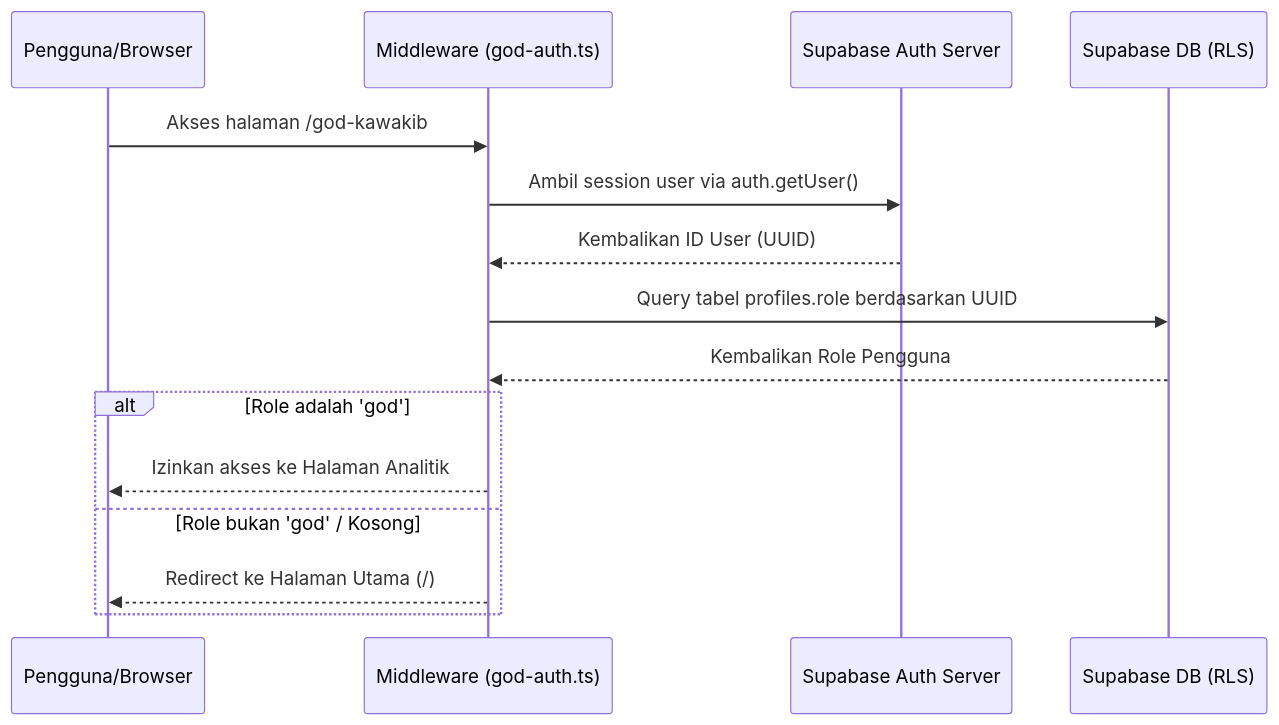
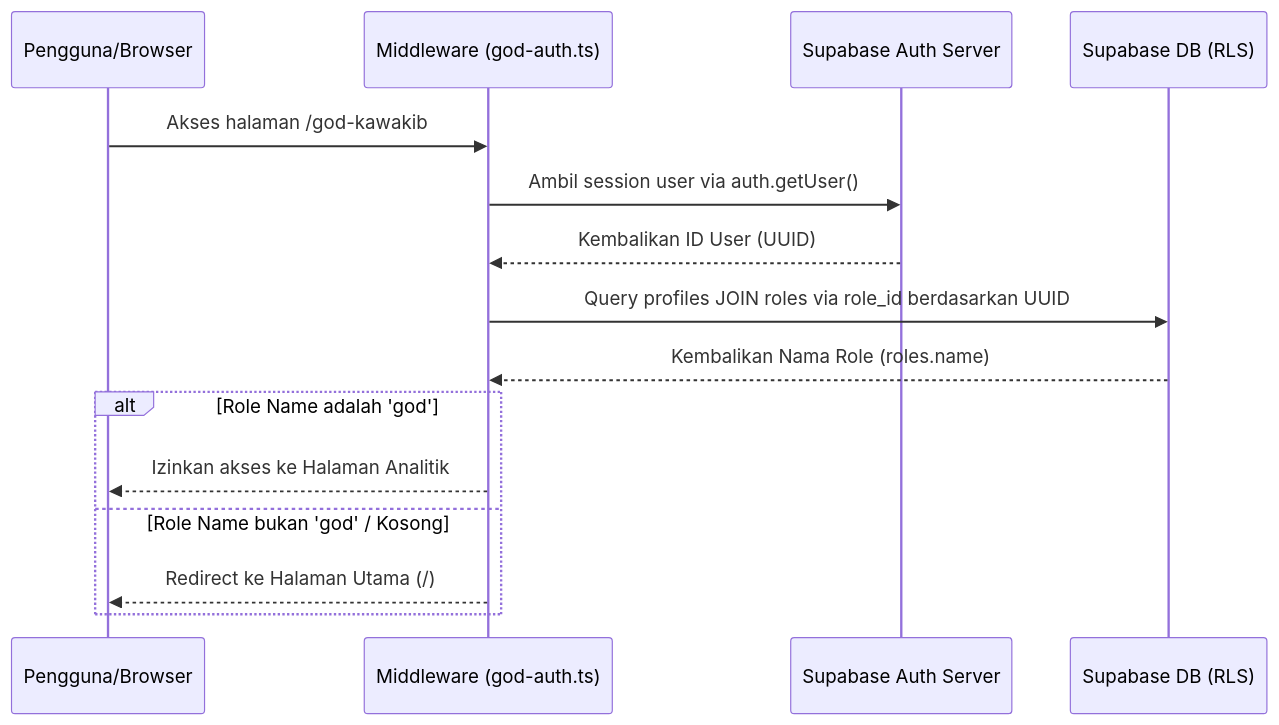
Before and after one commit to FatihKawakib04/phorayana: the second of 2 diagrams in docs/architecture/03_DEVELOPER_HANDOFF.md, drawn with Mermaid. The commit also changed other lines of this file and 4 other files, not shown here.

````diff
--- a/docs/architecture/03_DEVELOPER_HANDOFF.md
+++ b/docs/architecture/03_DEVELOPER_HANDOFF.md
@@ -49,18 +49,18 @@
 ```mermaid
 sequenceDiagram
     participant Client as Pengguna/Browser
     participant MW as Middleware (god-auth.ts)
     participant Auth as Supabase Auth Server
     participant DB as Supabase DB (RLS)
 
     Client->>MW: Akses halaman /god-kawakib
     MW->>Auth: Ambil session user via auth.getUser()
     Auth-->>MW: Kembalikan ID User (UUID)
-    MW->>DB: Query tabel profiles.role berdasarkan UUID
-    DB-->>MW: Kembalikan Role Pengguna
-    alt Role adalah 'god'
+    MW->>DB: Query profiles JOIN roles via role_id berdasarkan UUID
+    DB-->>MW: Kembalikan Nama Role (roles.name)
+    alt Role Name adalah 'god'
         MW-->>Client: Izinkan akses ke Halaman Analitik
-    else Role bukan 'god' / Kosong
+    else Role Name bukan 'god' / Kosong
         MW-->>Client: Redirect ke Halaman Utama (/)
     end
 ```
````
